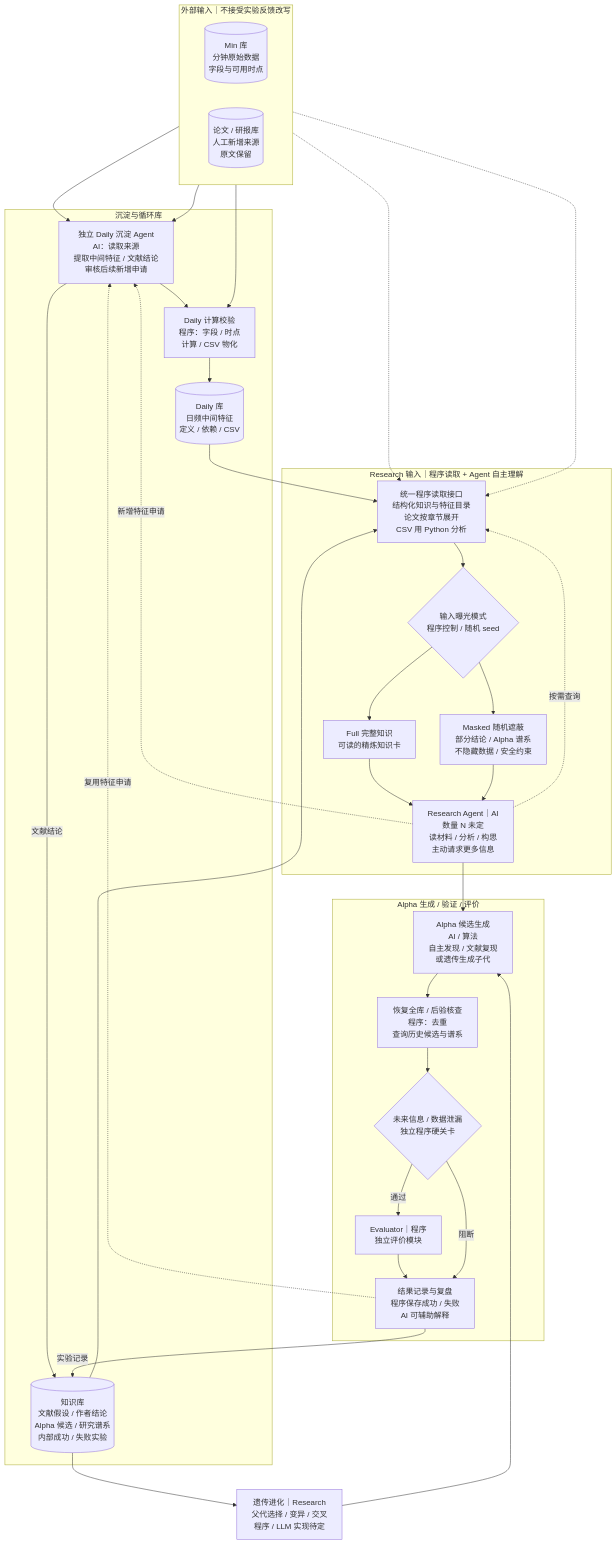
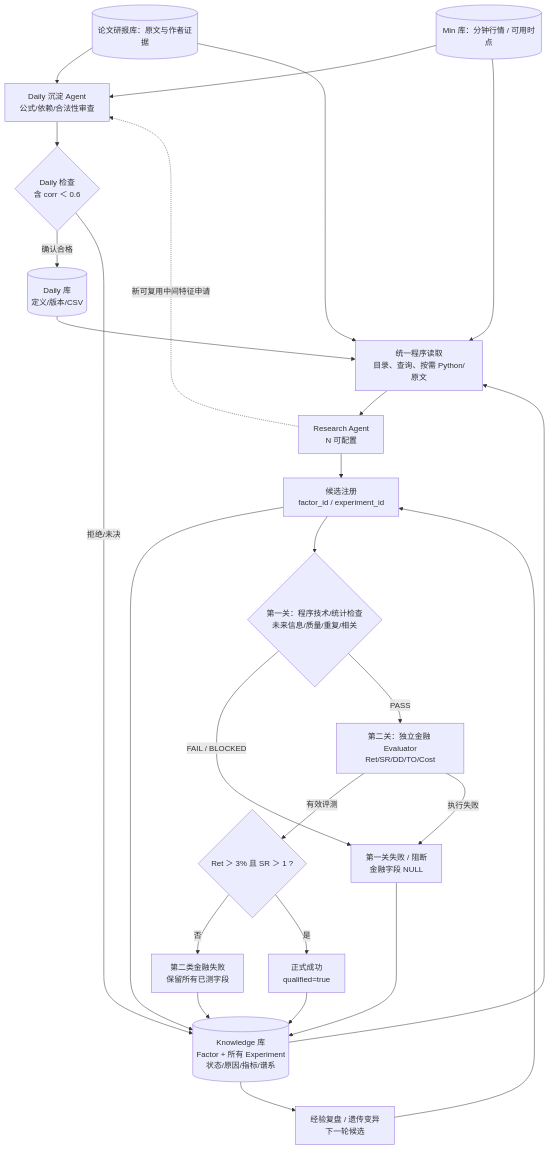
One commit to epshoron/JXwork changed the diagram in shared/architecture/V1.0.1/RESEARCH_LOOP.md. Above: the diagram before and after it, drawn with Mermaid. The commit also changed other lines of this file and 234 other files, not shown here.

Commit message:
Finalize V1.0.1 two-stage Alpha gates and Knowledge CSV contracts; normalize A/B/C shared resources

````diff
--- a/shared/architecture/V1.0.1/RESEARCH_LOOP.md
+++ b/shared/architecture/V1.0.1/RESEARCH_LOOP.md
@@ -52,57 +7,44 @@
 ```mermaid
-flowchart TB
-    subgraph SOURCE["外部输入｜不接受实验反馈改写"]
-        direction LR
-        MIN[("Min 库<br/>分钟原始数据<br/>字段与可用时点")]
-        PAPER[("论文 / 研报库<br/>人工新增来源<br/>原文保留")]
-    end
-
-    subgraph PERSIST["沉淀与循环库"]
-        CUR["独立 Daily 沉淀 Agent<br/>AI：读取来源<br/>提取中间特征 / 文献结论<br/>审核后续新增申请"]
-        CALC["Daily 计算校验<br/>程序：字段 / 时点<br/>计算 / CSV 物化"]
-        DAILY[("Daily 库<br/>日频中间特征<br/>定义 / 依赖 / CSV")]
-        KNOW[("知识库<br/>文献假设 / 作者结论<br/>Alpha 候选 / 研究谱系<br/>内部成功 / 失败实验")]
-        CUR --> CALC --> DAILY
-        CUR -- "文献结论" --> KNOW
-    end
-
-    MIN --> CUR
-    PAPER --> CUR
-    MIN --> CALC
-
-    subgraph INPUT["Research 输入｜程序读取 + Agent 自主理解"]
-        READ["统一程序读取接口<br/>结构化知识与特征目录<br/>论文按章节展开<br/>CSV 用 Python 分析"]
-        MODE{"输入曝光模式<br/>程序控制 / 随机 seed"}
-        FULL["Full 完整知识<br/>可读的精炼知识卡"]
-        MASK["Masked 随机遮蔽<br/>部分结论 / Alpha 谱系<br/>不隐藏数据 / 安全约束"]
-        RA["Research Agent｜AI<br/>数量 N 未定<br/>读材料 / 分析 / 构思<br/>主动请求更多信息"]
-        READ --> MODE
-        MODE --> FULL --> RA
-        MODE --> MASK --> RA
-    end
-
-    MIN -.-> READ
-    PAPER -.-> READ
-    DAILY --> READ
-    KNOW --> READ
-    RA -. "按需查询" .-> READ
-    RA -. "新增特征申请" .-> CUR
-
-    subgraph CANDIDATE["Alpha 生成 / 验证 / 评价"]
-        GEN["Alpha 候选生成<br/>AI / 算法<br/>自主发现 / 文献复现<br/>或遗传生成子代"]
-        AUDIT["恢复全库 / 后验核查<br/>程序：去重<br/>查询历史候选与谱系"]
-        LEAK{"未来信息 / 数据泄漏<br/>独立程序硬关卡"}
-        EVAL["Evaluator｜程序<br/>独立评价模块"]
-        RECORD["结果记录与复盘<br/>程序保存成功 / 失败<br/>AI 可辅助解释"]
-        GEN --> AUDIT --> LEAK
-        LEAK -- "通过" --> EVAL --> RECORD
-        LEAK -- "阻断" --> RECORD
-    end
-
-    RA --> GEN
-
-    GA["遗传进化｜Research<br/>父代选择 / 变异 / 交叉<br/>程序 / LLM 实现待定"]
-    RECORD -- "实验记录" --> KNOW
-    RECORD -. "复用特征申请" .-> CUR
-    KNOW --> GA --> GEN
+flowchart TD
+  MIN[("Min 库：分钟行情 / 可用时点")]
+  PAP[("论文研报库：原文与作者证据")]
+  CUR["Daily 沉淀 Agent<br/>公式/依赖/合法性审查"]
+  DAG{"Daily 检查<br/>含 corr ＜ 0.6"}
+  DAILY[("Daily 库<br/>定义/版本/CSV")]
+  KNOW[("Knowledge 库<br/>Factor + 所有 Experiment<br/>状态/原因/指标/谱系")]
+  READER["统一程序读取<br/>目录、查询、按需 Python/原文"]
+  RA["Research Agent<br/>N 可配置"]
+  CAND["候选注册<br/>factor_id / experiment_id"]
+  ST{"第一关：程序技术/统计检查<br/>未来信息/质量/重复/相关"}
+  EVAL["第二关：独立金融 Evaluator<br/>Ret/SR/DD/TO/Cost"]
+  GATE{"Ret ＞ 3% 且 SR ＞ 1 ?"}
+  FAIL1["第一关失败 / 阻断<br/>金融字段 NULL"]
+  FAIL2["第二类金融失败<br/>保留所有已测字段"]
+  OK["正式成功<br/>qualified=true"]
+  EVOLVE["经验复盘 / 遗传变异<br/>下一轮候选"]
+  MIN --> CUR
+  PAP --> CUR
+  CUR --> DAG
+  DAG -->|"确认合格"| DAILY
+  DAG -->|"拒绝/未决"| KNOW
+  PAP --> READER
+  DAILY --> READER
+  KNOW --> READER
+  MIN --> READER
+  READER --> RA
+  RA --> CAND
+  CAND --> KNOW
+  CAND --> ST
+  ST -->|"FAIL / BLOCKED"| FAIL1
+  ST -->|"PASS"| EVAL
+  EVAL -->|"有效评测"| GATE
+  EVAL -->|"执行失败"| FAIL1
+  GATE -->|"否"| FAIL2
+  GATE -->|"是"| OK
+  FAIL1 --> KNOW
+  FAIL2 --> KNOW
+  OK --> KNOW
+  KNOW --> EVOLVE
+  EVOLVE --> CAND
+  RA -.->|"新可复用中间特征申请"| CUR
 ```
````
